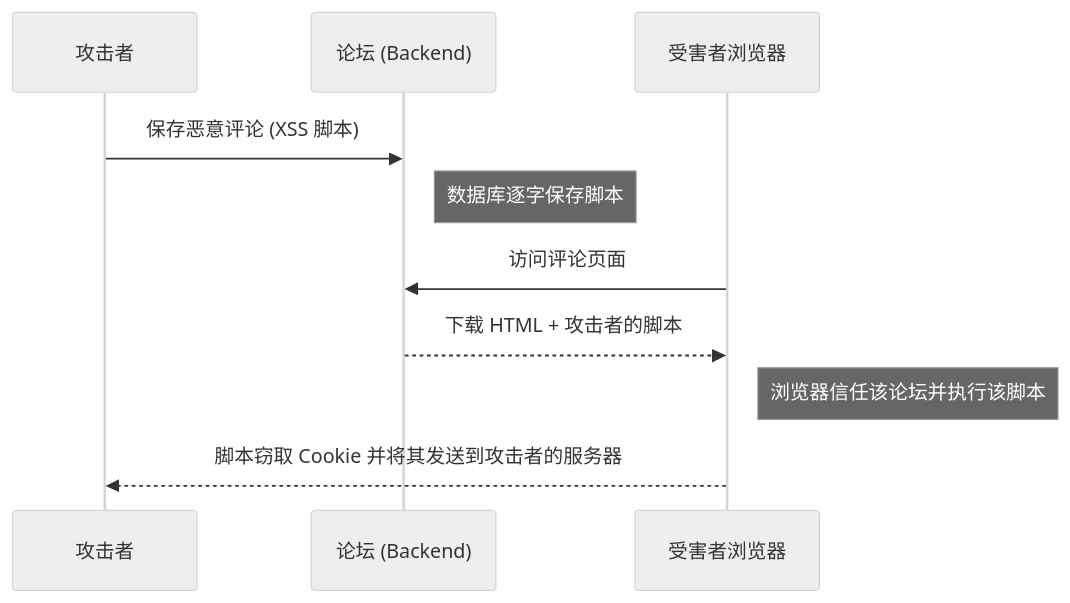
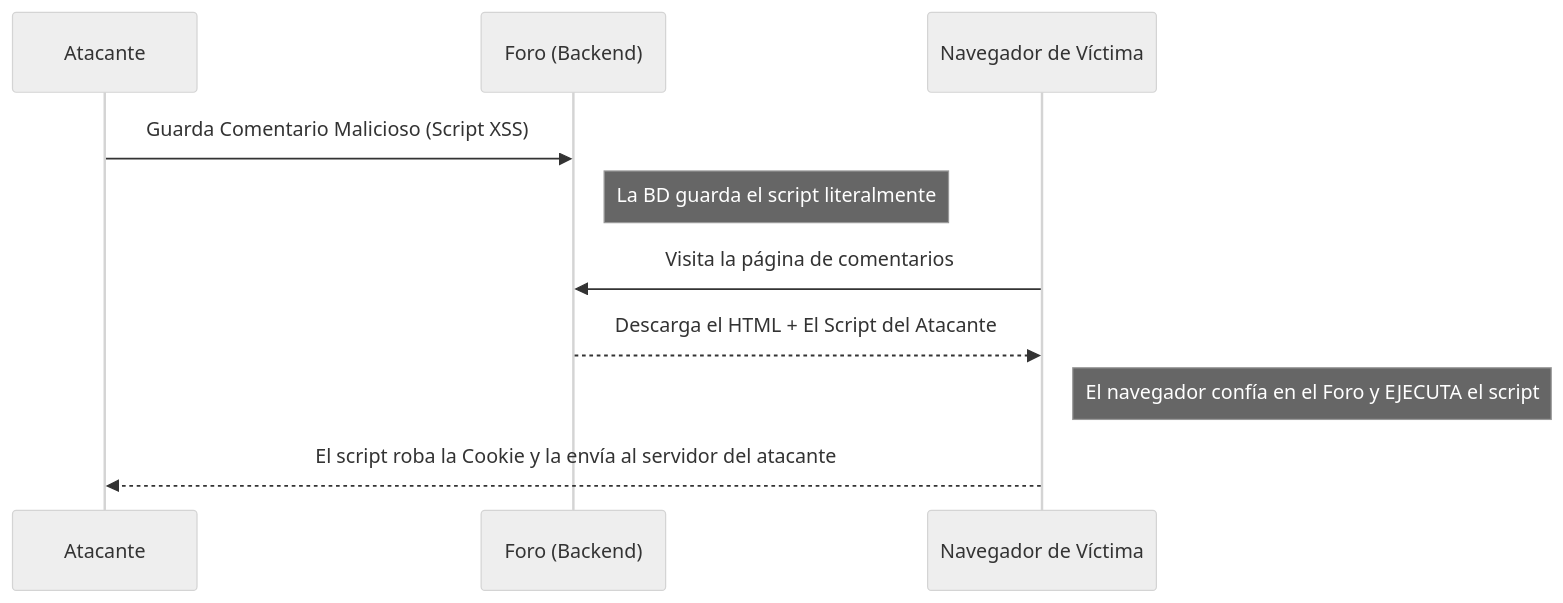
One commit to gjpierp/nmergeia changed the first of 2 diagrams in public/docs/zh/ext_pentest_medio.md. Above: the diagram before and after it, drawn with Mermaid (neutral theme). The commit also changed other lines of this file and 518 other files, not shown here.

````diff
--- a/public/docs/zh/ext_pentest_medio.md
+++ b/public/docs/zh/ext_pentest_medio.md
@@ -9,13 +9,13 @@
 ```mermaid
 sequenceDiagram
-    participant Atacante as 攻击者
-    participant Foro as 论坛 (Backend)
-    participant Victima as 受害者浏览器
+    participant Atacante
+    participant Foro as Foro (Backend)
+    participant Victima as Navegador de Víctima
 
-    Atacante->>Foro: 保存恶意评论 (XSS 脚本)
-    Note right of Foro: 数据库逐字保存脚本
-    Victima->>Foro: 访问评论页面
-    Foro-->>Victima: 下载 HTML + 攻击者的脚本
-    Note right of Victima: 浏览器信任该论坛并执行该脚本
-    Victima-->>Atacante: 脚本窃取 Cookie 并将其发送到攻击者的服务器
+    Atacante->>Foro: Guarda Comentario Malicioso (Script XSS)
+    Note right of Foro: La BD guarda el script literalmente
+    Victima->>Foro: Visita la página de comentarios
+    Foro-->>Victima: Descarga el HTML + El Script del Atacante
+    Note right of Victima: El navegador confía en el Foro y EJECUTA el script
+    Victima-->>Atacante: El script roba la Cookie y la envía al servidor del atacante
 ```
````
